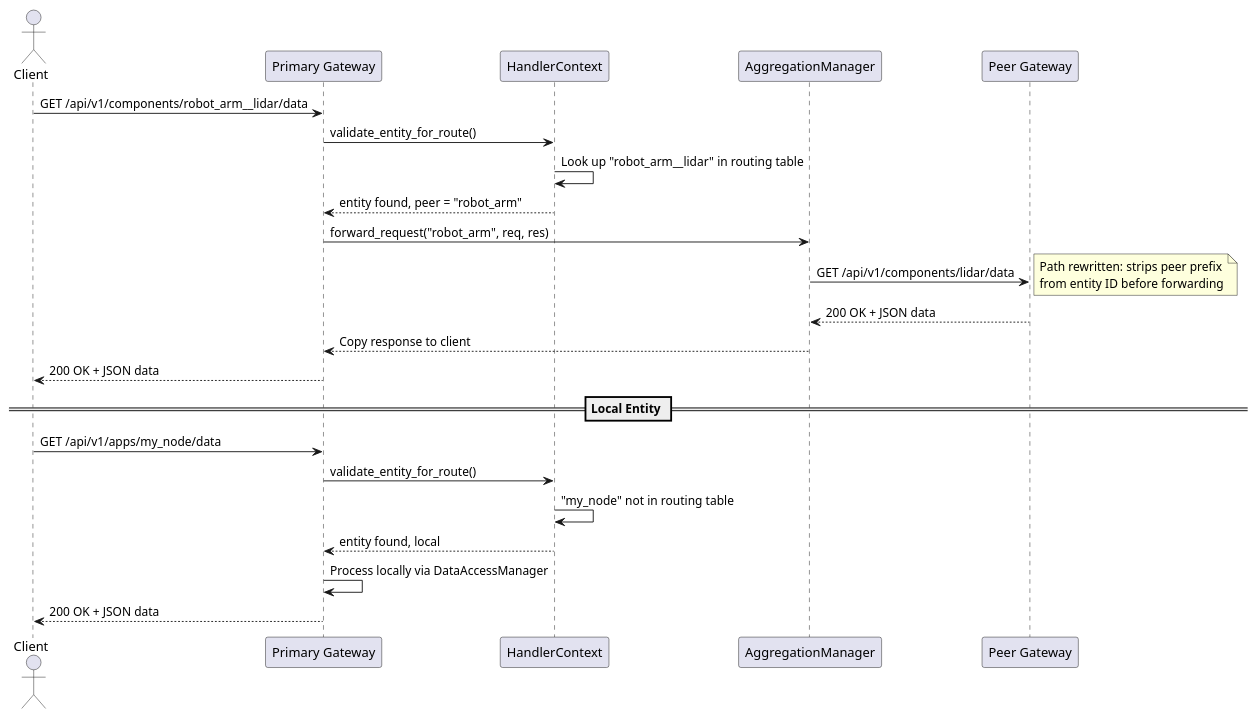
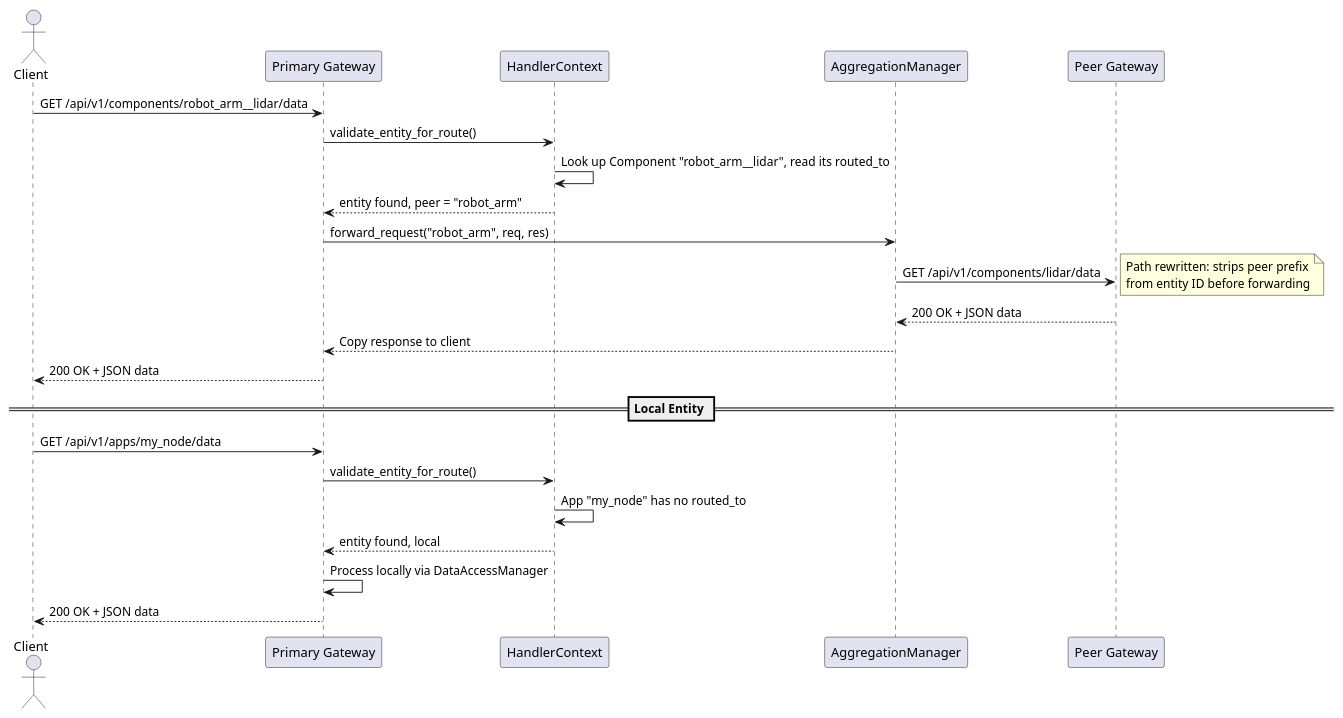
The fifth of 5 diagrams in src/ros2_medkit_gateway/design/aggregation.rst (selfpatch/ros2_medkit), drawn with PlantUML before and after one commit. The commit also changed other lines of this file and 22 other files, not shown here.

```diff
--- a/src/ros2_medkit_gateway/design/aggregation.rst
+++ b/src/ros2_medkit_gateway/design/aggregation.rst
@@ -449,37 +452,37 @@
 .. plantuml::
    :caption: Request Routing - Local vs Remote
 
    @startuml request_routing
 
    actor Client
    participant "Primary Gateway" as primary
    participant HandlerContext as ctx
    participant AggregationManager as agg
    participant "Peer Gateway" as peer
 
    Client -> primary : GET /api/v1/components/robot_arm__lidar/data
    primary -> ctx : validate_entity_for_route()
-   ctx -> ctx : Look up "robot_arm__lidar" in routing table
+   ctx -> ctx : Look up Component "robot_arm__lidar", read its routed_to
    ctx --> primary : entity found, peer = "robot_arm"
 
    primary -> agg : forward_request("robot_arm", req, res)
    agg -> peer : GET /api/v1/components/lidar/data
    note right
        Path rewritten: strips peer prefix
        from entity ID before forwarding
    end note
    peer --> agg : 200 OK + JSON data
    agg --> primary : Copy response to client
    primary --> Client : 200 OK + JSON data
 
    == Local Entity ==
 
    Client -> primary : GET /api/v1/apps/my_node/data
    primary -> ctx : validate_entity_for_route()
-   ctx -> ctx : "my_node" not in routing table
+   ctx -> ctx : App "my_node" has no routed_to
    ctx --> primary : entity found, local
 
    primary -> primary : Process locally via DataAccessManager
    primary --> Client : 200 OK + JSON data
 
    @enduml
```
